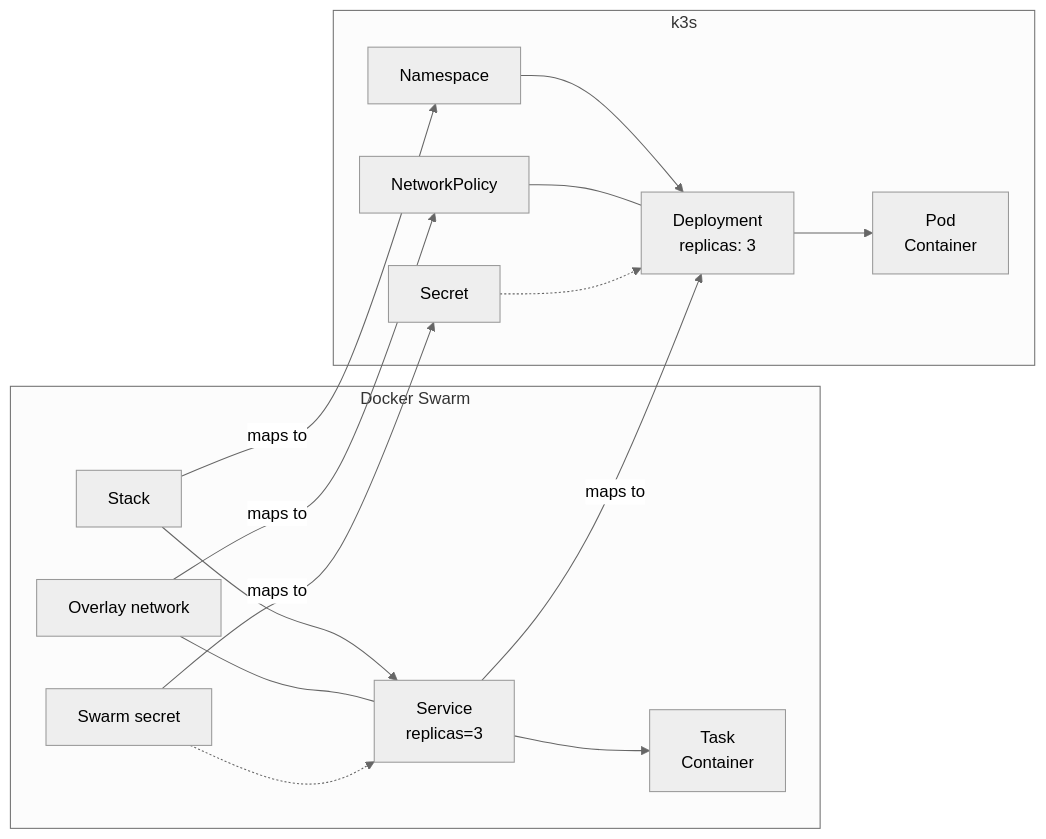
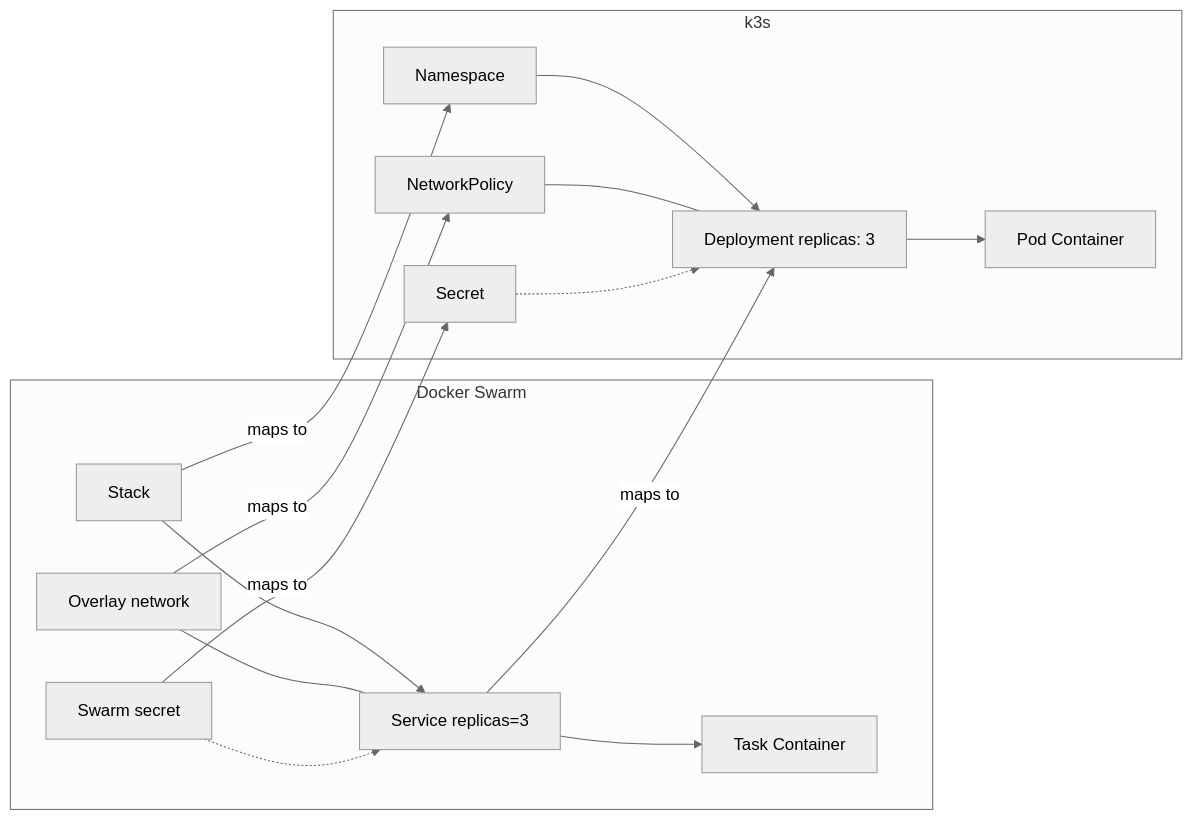
The fifth of 7 diagrams in 17_docker_to_k3s/05_migration_walkthrough.md (UncleJS/course_k3s), drawn with Mermaid (neutral theme) before and after one commit. The commit also changed other lines of this file and 57 other files, not shown here.

````diff
--- a/17_docker_to_k3s/05_migration_walkthrough.md
+++ b/17_docker_to_k3s/05_migration_walkthrough.md
@@ -1170,19 +1170,19 @@
 ```mermaid
 flowchart LR
     subgraph Docker Swarm
-        S1[Service\nreplicas=3] --> S2[Task\nContainer]
+        S1[Service replicas=3] --> S2[Task Container]
         S3[Stack] --> S1
         S4[Overlay network] --- S1
         S5[Swarm secret] -.-> S1
     end
     subgraph k3s
-        K1[Deployment\nreplicas: 3] --> K2[Pod\nContainer]
+        K1[Deployment replicas: 3] --> K2[Pod Container]
         K3[Namespace] --> K1
         K4[NetworkPolicy] --- K1
         K5[Secret] -.-> K1
     end
     S1 -->|maps to| K1
     S3 -->|maps to| K3
     S4 -->|maps to| K4
     S5 -->|maps to| K5
 ```
````
